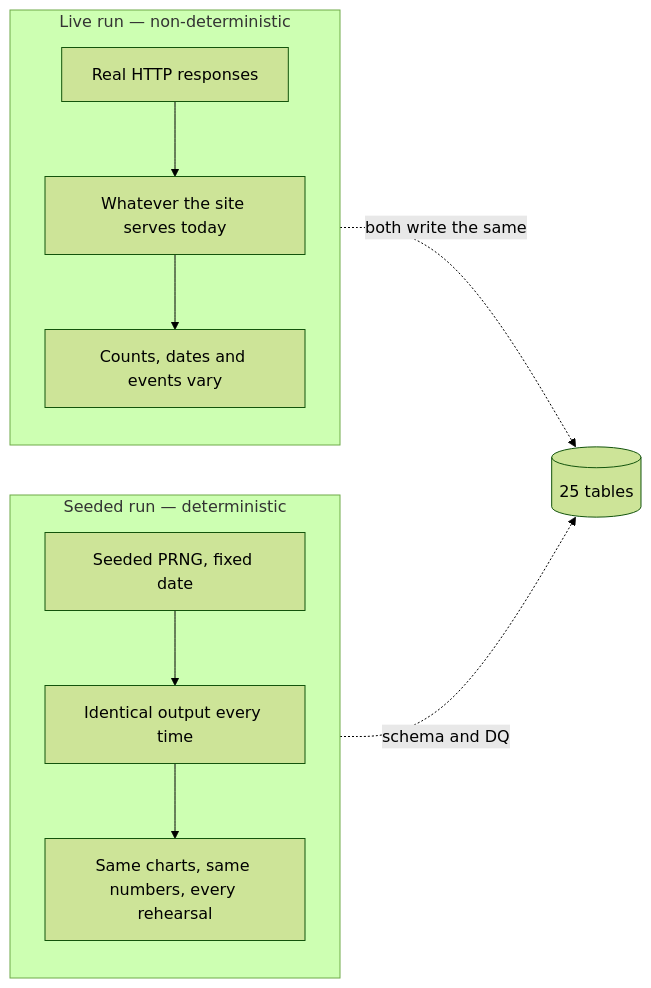
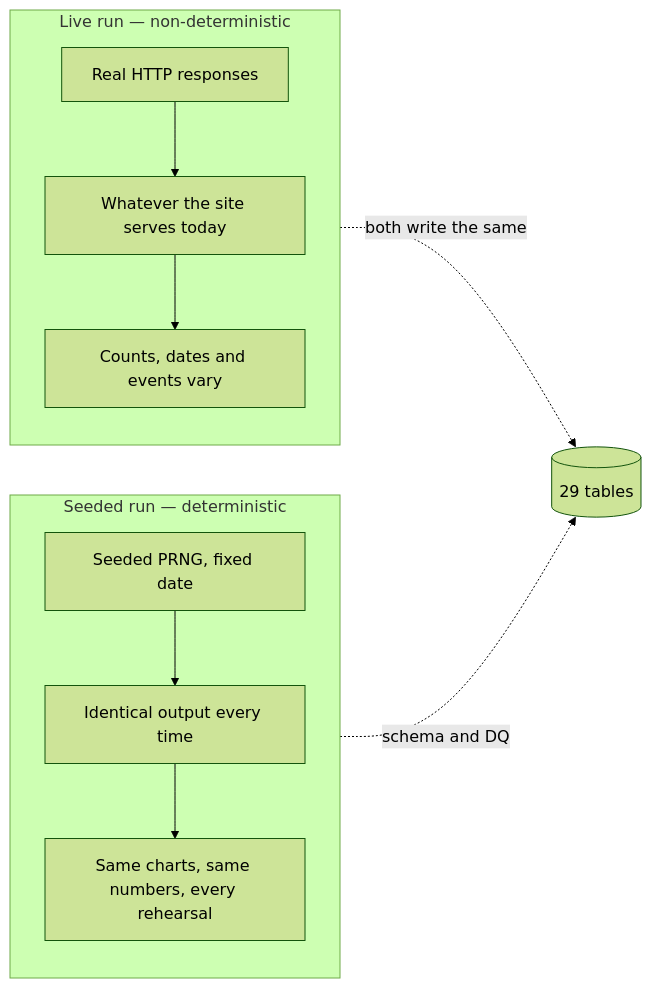
The third of 6 diagrams in docs/21_architecture_deep_dive.md (Ahmedbakr78/Web-to-Warehouse-Product-Intelligence-Pipeline), drawn with Mermaid (forest theme) before and after one commit. The commit also changed other lines of this file and 92 other files, not shown here.

````diff
--- a/docs/21_architecture_deep_dive.md
+++ b/docs/21_architecture_deep_dive.md
@@ -154,13 +154,13 @@
 ```mermaid
 flowchart LR
     subgraph Live["Live run — non-deterministic"]
         L1["Real HTTP responses"] --> L2["Whatever the site serves today"]
         L2 --> L3["Counts, dates and events vary"]
     end
     subgraph Seeded["Seeded run — deterministic"]
         S1["Seeded PRNG, fixed date"] --> S2["Identical output every time"]
         S2 --> S3["Same charts, same numbers, every rehearsal"]
     end
-    Live -.both write the same.-> WH[("25 tables")]
+    Live -.both write the same.-> WH[("29 tables")]
     Seeded -.schema and DQ.-> WH
 ```
````
